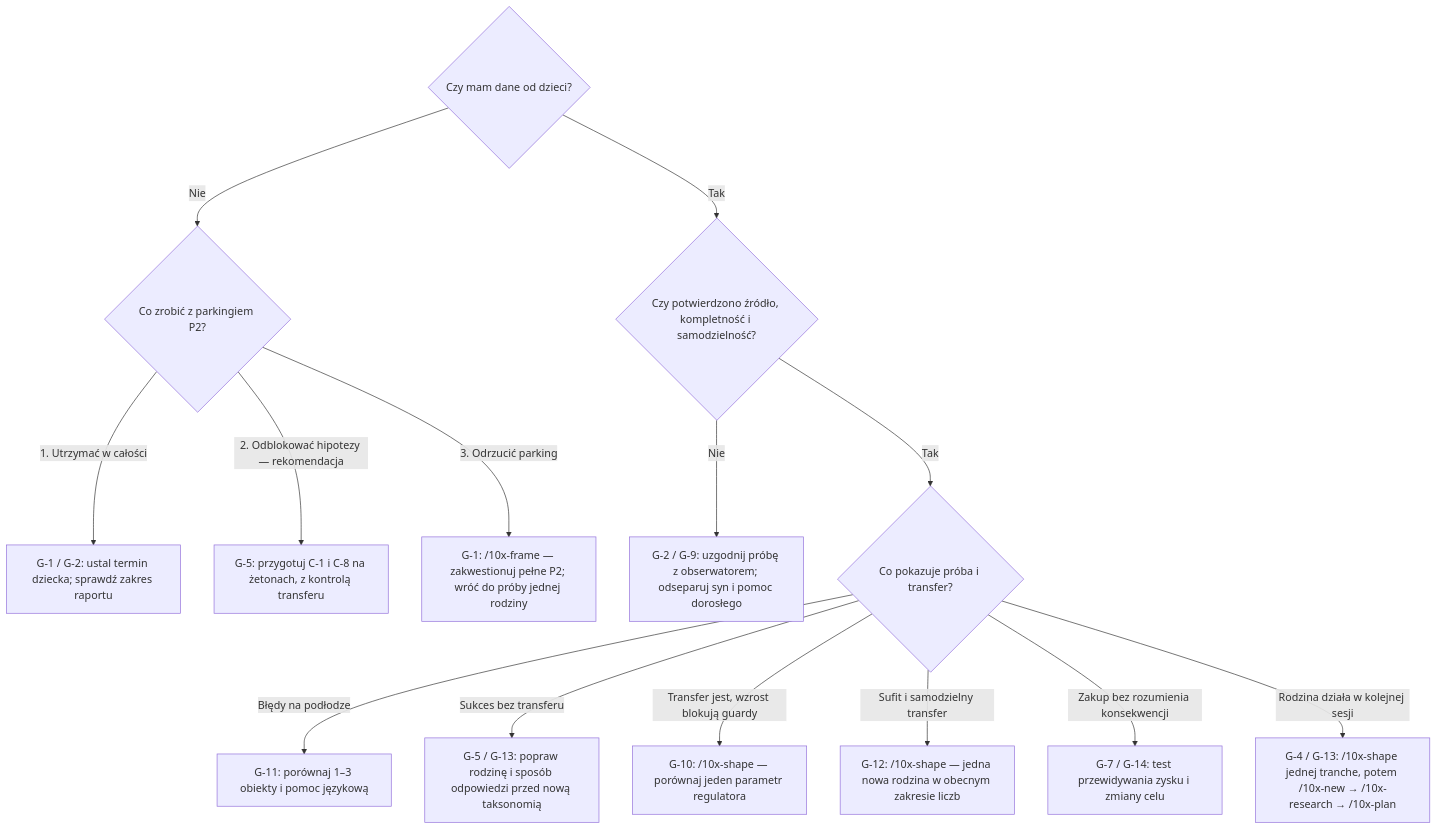
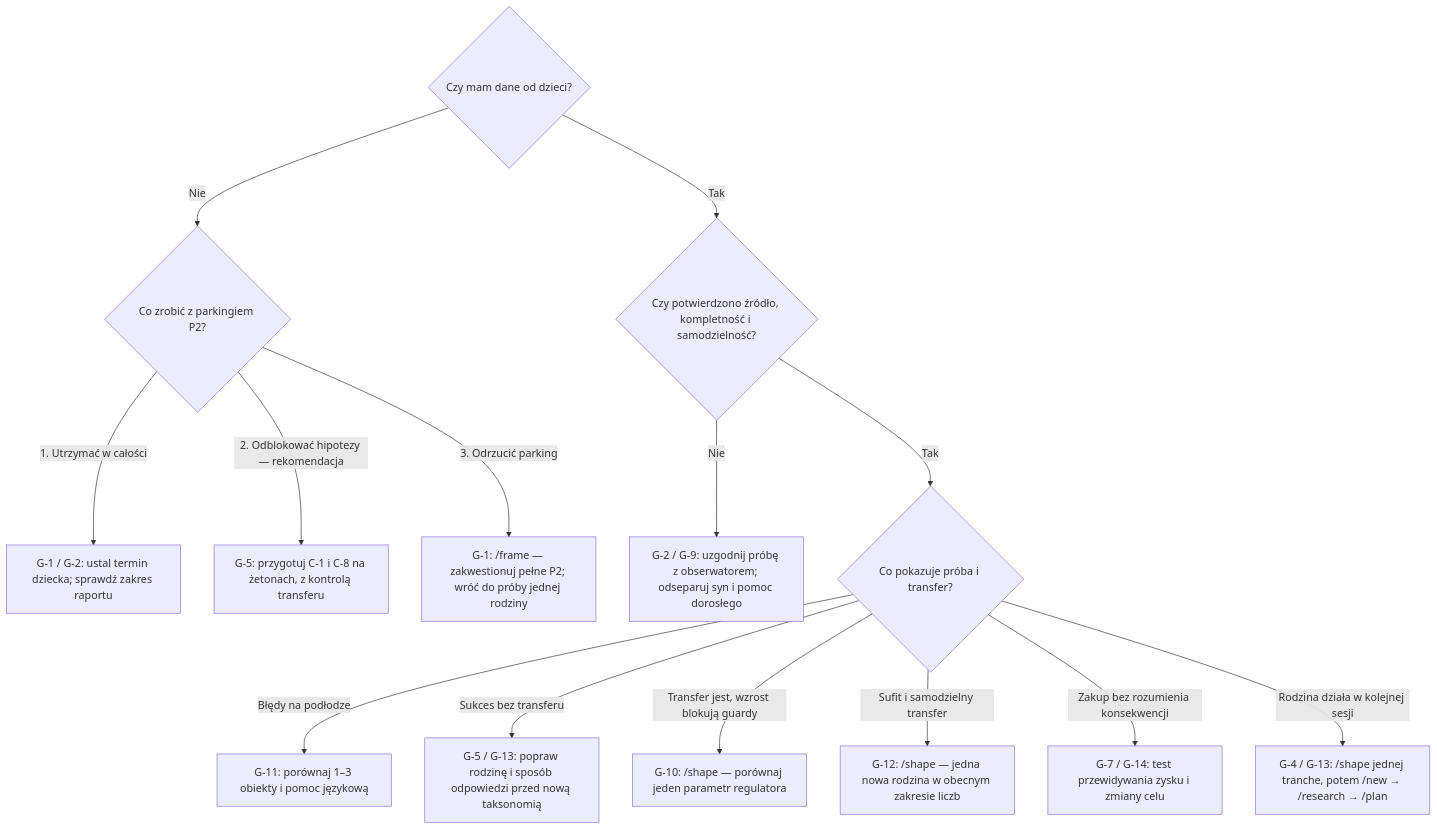
The diagram in context/foundation/gameplay-engine-review.md (vince307/mathshop), drawn with Mermaid before and after one commit. The commit also changed other lines of this file and 24 other files, not shown here.

````diff
--- a/context/foundation/gameplay-engine-review.md
+++ b/context/foundation/gameplay-engine-review.md
@@ -323,17 +323,17 @@
 ```mermaid
 flowchart TD
     A{"Czy mam dane od dzieci?"}
     A -->|Nie| B{"Co zrobić z parkingiem P2?"}
     B -->|1. Utrzymać w całości| C["G-1 / G-2: ustal termin dziecka; sprawdź zakres raportu"]
     B -->|2. Odblokować hipotezy — rekomendacja| D["G-5: przygotuj C-1 i C-8 na żetonach, z kontrolą transferu"]
-    B -->|3. Odrzucić parking| E["G-1: /10x-frame — zakwestionuj pełne P2; wróć do próby jednej rodziny"]
+    B -->|3. Odrzucić parking| E["G-1: /frame — zakwestionuj pełne P2; wróć do próby jednej rodziny"]
     A -->|Tak| F{"Czy potwierdzono źródło, kompletność i samodzielność?"}
     F -->|Nie| G["G-2 / G-9: uzgodnij próbę z obserwatorem; odseparuj syn i pomoc dorosłego"]
     F -->|Tak| H{"Co pokazuje próba i transfer?"}
     H -->|Błędy na podłodze| I["G-11: porównaj 1–3 obiekty i pomoc językową"]
     H -->|Sukces bez transferu| J["G-5 / G-13: popraw rodzinę i sposób odpowiedzi przed nową taksonomią"]
-    H -->|Transfer jest, wzrost blokują guardy| K["G-10: /10x-shape — porównaj jeden parametr regulatora"]
-    H -->|Sufit i samodzielny transfer| L["G-12: /10x-shape — jedna nowa rodzina w obecnym zakresie liczb"]
+    H -->|Transfer jest, wzrost blokują guardy| K["G-10: /shape — porównaj jeden parametr regulatora"]
+    H -->|Sufit i samodzielny transfer| L["G-12: /shape — jedna nowa rodzina w obecnym zakresie liczb"]
     H -->|Zakup bez rozumienia konsekwencji| M["G-7 / G-14: test przewidywania zysku i zmiany celu"]
-    H -->|Rodzina działa w kolejnej sesji| N["G-4 / G-13: /10x-shape jednej tranche, potem /10x-new → /10x-research → /10x-plan"]
+    H -->|Rodzina działa w kolejnej sesji| N["G-4 / G-13: /shape jednej tranche, potem /new → /research → /plan"]
 ```
````
